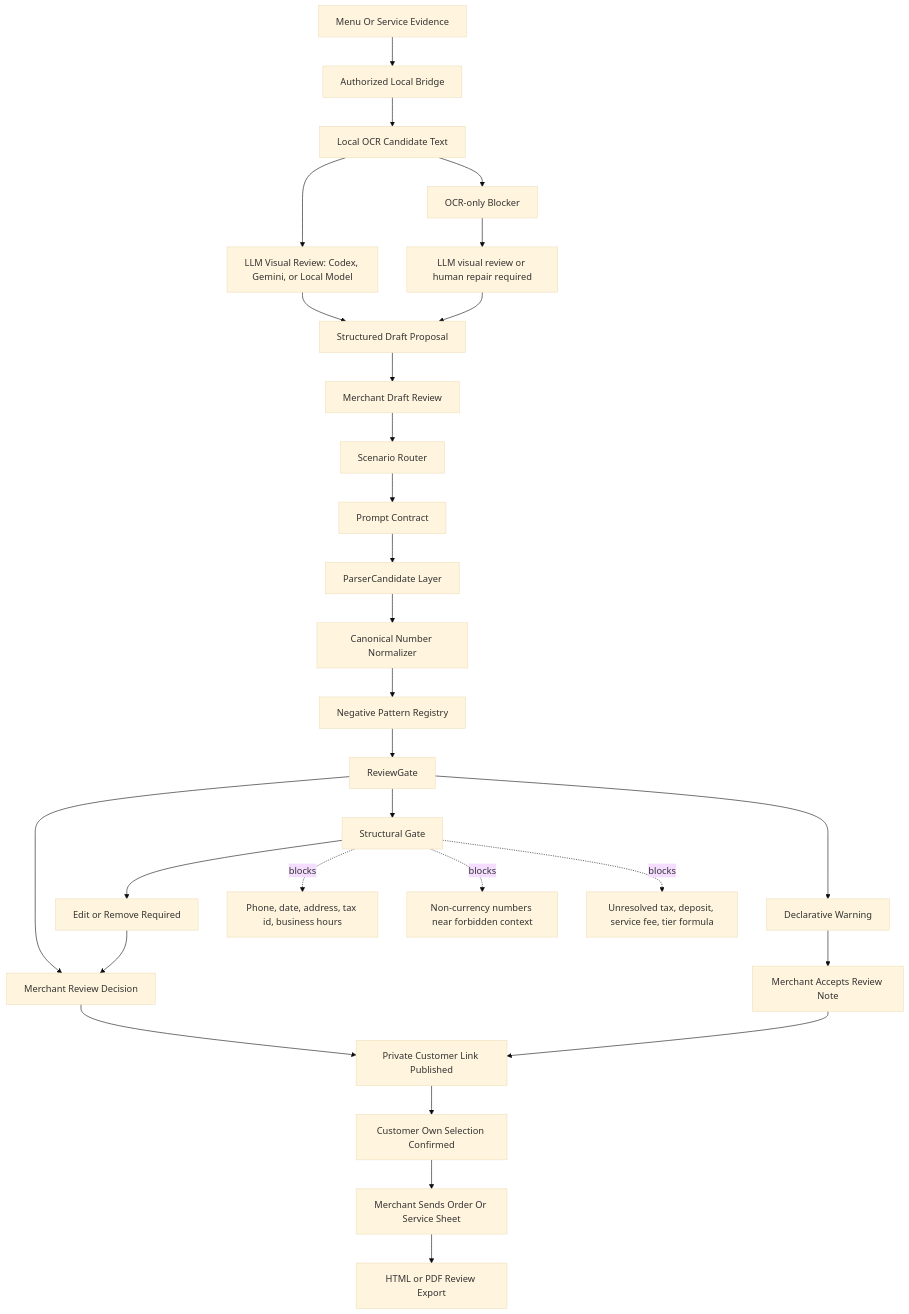
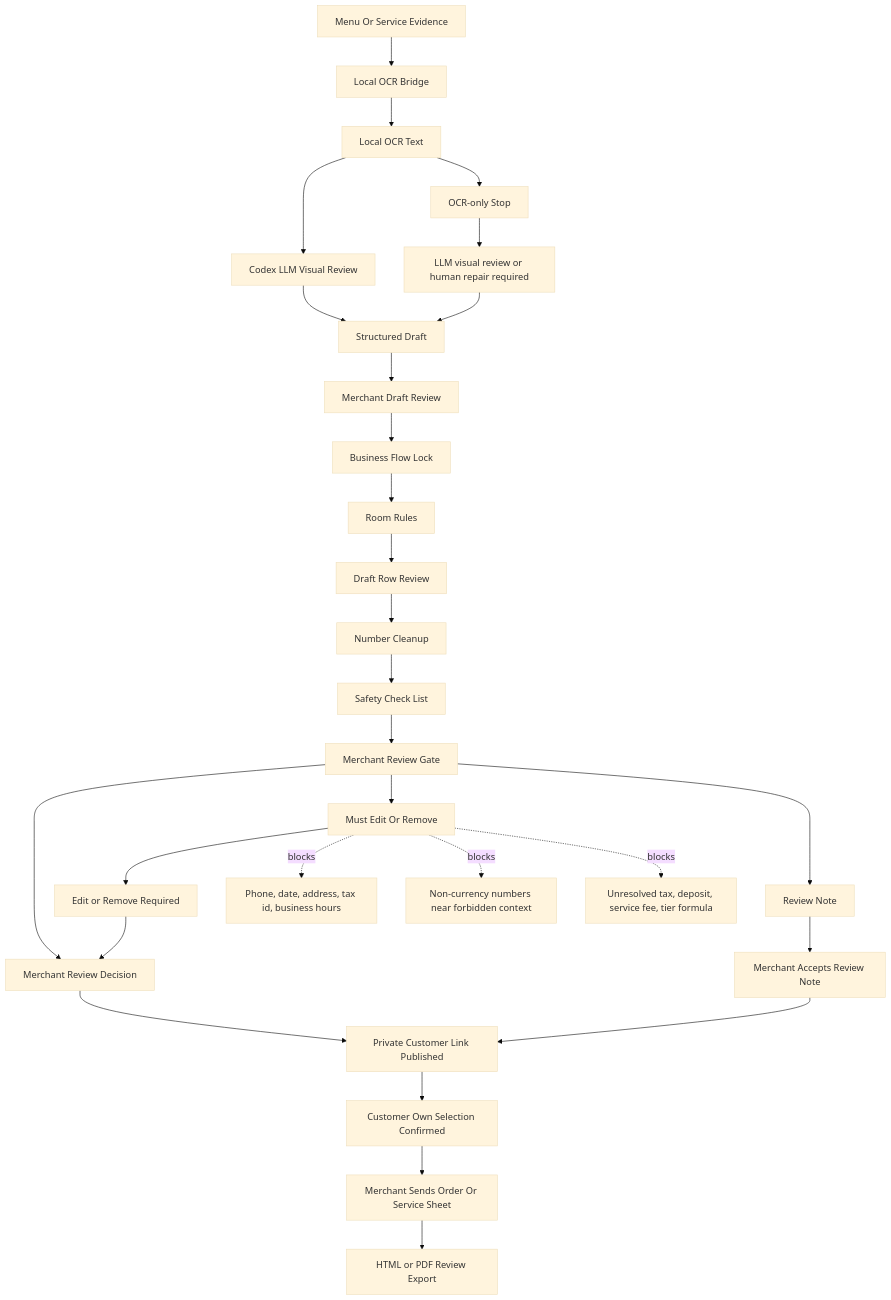
The second of 2 diagrams in docs/architecture/ADAPTIVE_CONTRACT_MCP.md (jiarong0423/shared-room-mcp), drawn with Mermaid (base theme) before and after one commit. The commit also changed other lines of this file and 8 other files, not shown here.

Commit message:
Lock Codex OCR review flow

````diff
--- a/docs/architecture/ADAPTIVE_CONTRACT_MCP.md
+++ b/docs/architecture/ADAPTIVE_CONTRACT_MCP.md
@@ -77,35 +77,35 @@
 ```mermaid
 flowchart TD
-  L0[Menu Or Service Evidence] --> B0[Authorized Local Bridge]
-  B0 --> B1[Local OCR Candidate Text]
-  B1 --> B2[LLM Visual Review: Codex, Gemini, or Local Model]
-  B2 --> B3[Structured Draft Proposal]
+  L0[Menu Or Service Evidence] --> B0[Local OCR Bridge]
+  B0 --> B1[Local OCR Text]
+  B1 --> B2[Codex LLM Visual Review]
+  B2 --> B3[Structured Draft]
   B3 --> L1[Merchant Draft Review]
-  L1 --> L2[Scenario Router]
-  L2 --> L3[Prompt Contract]
-  L3 --> L4[ParserCandidate Layer]
-  L4 --> L5[Canonical Number Normalizer]
-  L5 --> L6[Negative Pattern Registry]
-  L6 --> L7[ReviewGate]
+  L1 --> L2[Business Flow Lock]
+  L2 --> L3[Room Rules]
+  L3 --> L4[Draft Row Review]
+  L4 --> L5[Number Cleanup]
+  L5 --> L6[Safety Check List]
+  L6 --> L7[Merchant Review Gate]
   L7 --> L8[Merchant Review Decision]
   L8 --> L9[Private Customer Link Published]
   L9 --> L10[Customer Own Selection Confirmed]
   L10 --> L11[Merchant Sends Order Or Service Sheet]
   L11 --> L12[HTML or PDF Review Export]
 
-  L7 --> W[Declarative Warning]
+  L7 --> W[Review Note]
   W --> RW[Merchant Accepts Review Note]
   RW --> L9
 
-  B1 --> OB[OCR-only Blocker]
+  B1 --> OB[OCR-only Stop]
   OB --> HR[LLM visual review or human repair required]
   HR --> B3
 
-  L7 --> S[Structural Gate]
+  L7 --> S[Must Edit Or Remove]
   S --> ER[Edit or Remove Required]
   ER --> L8
 
   S -. blocks .-> RISK[Phone, date, address, tax id, business hours]
   S -. blocks .-> RISK_NON_CURRENCY[Non-currency numbers near forbidden context]
   S -. blocks .-> RISK_FORMULA[Unresolved tax, deposit, service fee, tier formula]
 ```
````
